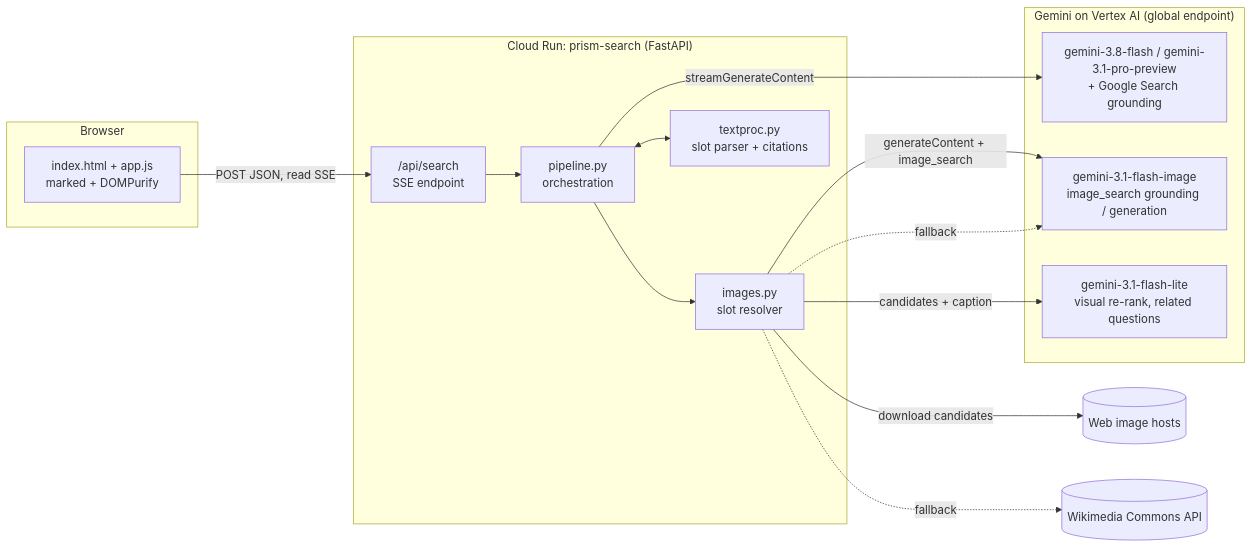
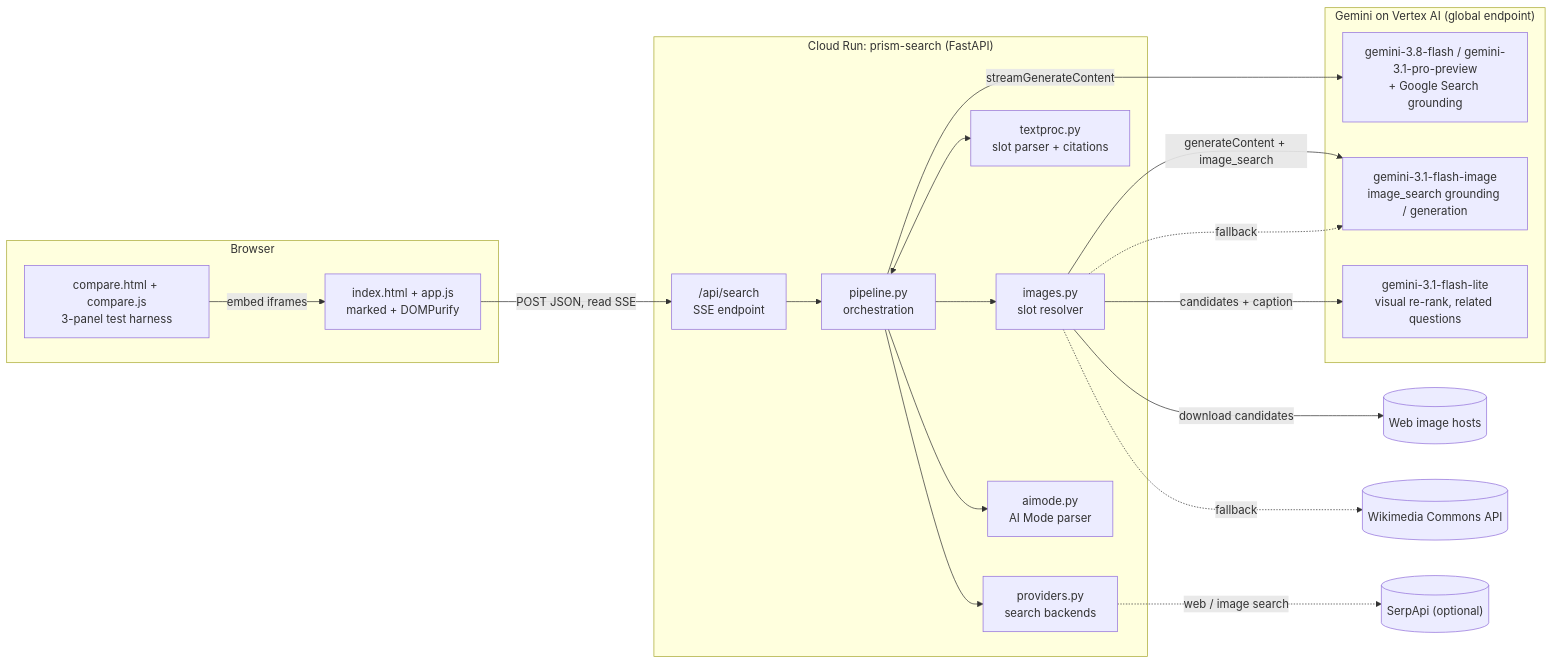
One commit to goriri/ai-websearch changed the first of 7 diagrams in docs/architecture.md. Above: the diagram before and after it, drawn with Mermaid. The commit also changed other lines of this file and 15 other files, not shown here.

First line of the commit message:
Compare portal for the three architectures + documentation overhaul

````diff
--- a/docs/architecture.md
+++ b/docs/architecture.md
@@ -19,29 +21,37 @@
 ```mermaid
 flowchart LR
   subgraph Browser
     UI["index.html + app.js<br/>marked + DOMPurify"]
+    COMPARE["compare.html + compare.js<br/>3-panel test harness"]
   end
   subgraph CloudRun["Cloud Run: prism-search (FastAPI)"]
     API["/api/search<br/>SSE endpoint"]
     PIPE["pipeline.py<br/>orchestration"]
     IMG["images.py<br/>slot resolver"]
     TXT["textproc.py<br/>slot parser + citations"]
+    PROV["providers.py<br/>search backends"]
+    AIM["aimode.py<br/>AI Mode parser"]
   end
   subgraph Vertex["Gemini on Vertex AI (global endpoint)"]
     ANS["gemini-3.8-flash / gemini-3.1-pro-preview<br/>+ Google Search grounding"]
     IMGM["gemini-3.1-flash-image<br/>image_search grounding / generation"]
     LITE["gemini-3.1-flash-lite<br/>visual re-rank, related questions"]
   end
   WEB[("Web image hosts")]
   WIKI[("Wikimedia Commons API")]
+  SERP[("SerpApi (optional)")]
 
   UI -- "POST JSON, read SSE" --> API --> PIPE
+  COMPARE -- "embed iframes" --> UI
   PIPE <--> TXT
   PIPE -- "streamGenerateContent" --> ANS
+  PIPE --> PROV
+  PIPE --> AIM
   PIPE --> IMG
+  PROV -. "web / image search" .-> SERP
   IMG -- "generateContent + image_search" --> IMGM
   IMG -- "download candidates" --> WEB
   IMG -- "candidates + caption" --> LITE
   IMG -. "fallback" .-> WIKI
   IMG -. "fallback" .-> IMGM
 ```
````
